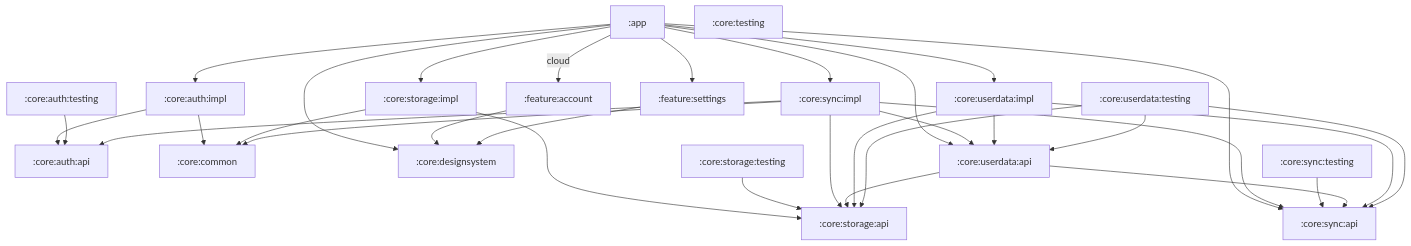
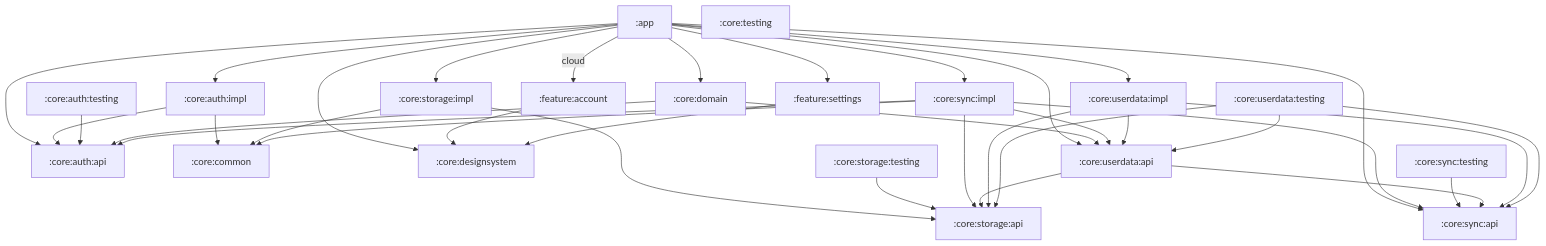
Before and after one commit to toomanyeduardos/rolabox: the diagram in README.md, drawn with Mermaid. The commit also changed other lines of this file and 26 other files, not shown here.

````diff
--- a/README.md
+++ b/README.md
@@ -170,52 +171,57 @@
 ```mermaid
 graph TD
     app[":app"]
     core_auth_api[":core:auth:api"]
     core_auth_impl[":core:auth:impl"]
     core_auth_testing[":core:auth:testing"]
     core_common[":core:common"]
     core_designsystem[":core:designsystem"]
+    core_domain[":core:domain"]
     core_storage_api[":core:storage:api"]
     core_storage_impl[":core:storage:impl"]
     core_storage_testing[":core:storage:testing"]
     core_sync_api[":core:sync:api"]
     core_sync_impl[":core:sync:impl"]
     core_sync_testing[":core:sync:testing"]
     core_testing[":core:testing"]
     core_userdata_api[":core:userdata:api"]
     core_userdata_impl[":core:userdata:impl"]
     core_userdata_testing[":core:userdata:testing"]
     feature_account[":feature:account"]
     feature_settings[":feature:settings"]
+    app --> core_auth_api
     app --> core_auth_impl
     app --> core_designsystem
+    app --> core_domain
     app --> core_storage_impl
     app --> core_sync_api
     app --> core_sync_impl
     app --> core_userdata_api
     app --> core_userdata_impl
     app -->|cloud| feature_account
     app --> feature_settings
     core_auth_impl --> core_auth_api
     core_auth_impl --> core_common
     core_auth_testing --> core_auth_api
+    core_domain --> core_auth_api
+    core_domain --> core_userdata_api
     core_storage_impl --> core_common
     core_storage_impl --> core_storage_api
     core_storage_testing --> core_storage_api
     core_sync_impl --> core_auth_api
     core_sync_impl --> core_common
     core_sync_impl --> core_storage_api
     core_sync_impl --> core_sync_api
     core_sync_impl --> core_userdata_api
     core_sync_testing --> core_sync_api
     core_userdata_api --> core_storage_api
     core_userdata_api --> core_sync_api
     core_userdata_impl --> core_storage_api
     core_userdata_impl --> core_sync_api
     core_userdata_impl --> core_userdata_api
     core_userdata_testing --> core_storage_api
     core_userdata_testing --> core_sync_api
     core_userdata_testing --> core_userdata_api
     feature_account --> core_designsystem
     feature_settings --> core_designsystem
 ```
````
